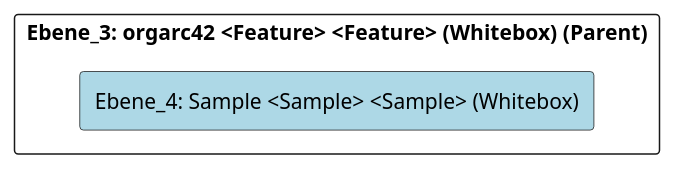
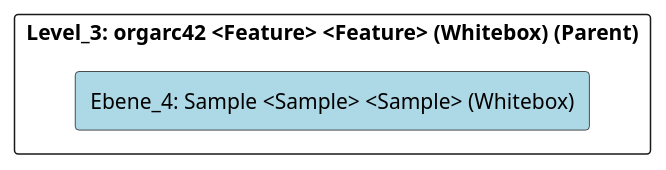
One commit to marcozwyssig/cleon changed the diagram in doc/cleonproject_deliverables_architecture_model_architecture/adoc/de/05_bausteinsicht/cleon/architecture_methods/orgarc42/sample/ebene_4_sample.adoc. Above: the diagram before and after it, drawn with PlantUML. The commit also changed other lines of this file and 169 other files, not shown here.

```diff
--- a/doc/cleonproject_deliverables_architecture_model_architecture/adoc/de/05_bausteinsicht/cleon/architecture_methods/orgarc42/sample/ebene_4_sample.adoc
+++ b/doc/cleonproject_deliverables_architecture_model_architecture/adoc/de/05_bausteinsicht/cleon/architecture_methods/orgarc42/sample/ebene_4_sample.adoc
@@ -20,24 +20,24 @@
 [plantuml, Ebene_4: Sample <Sample> <Sample> (Whitebox)BlockOverview, format="svg"]
 ----
 @startuml Ebene_4: Sample <Sample> <Sample> (Whitebox)BuildingBlockOverview
 
 skinparam ranksep 10
 skinparam componentStyle rectangle
 skinparam shadowing false
 skinparam arrowColor lightblue
 skinparam arrowThickness 1.2
 skinparam rectangle {
   BackgroundColor White
   BorderColor #333
   RoundCorner 10
 }
 top to bottom direction
 
-component "Ebene_3: orgarc42 <Feature> <Feature> (Whitebox) (Parent)" {
+component "Level_3: orgarc42 <Feature> <Feature> (Whitebox) (Parent)" {
     component "Ebene_4: Sample <Sample> <Sample> (Whitebox)" #lightblue {
     }
 
 }
 
 @enduml
 ----
```
